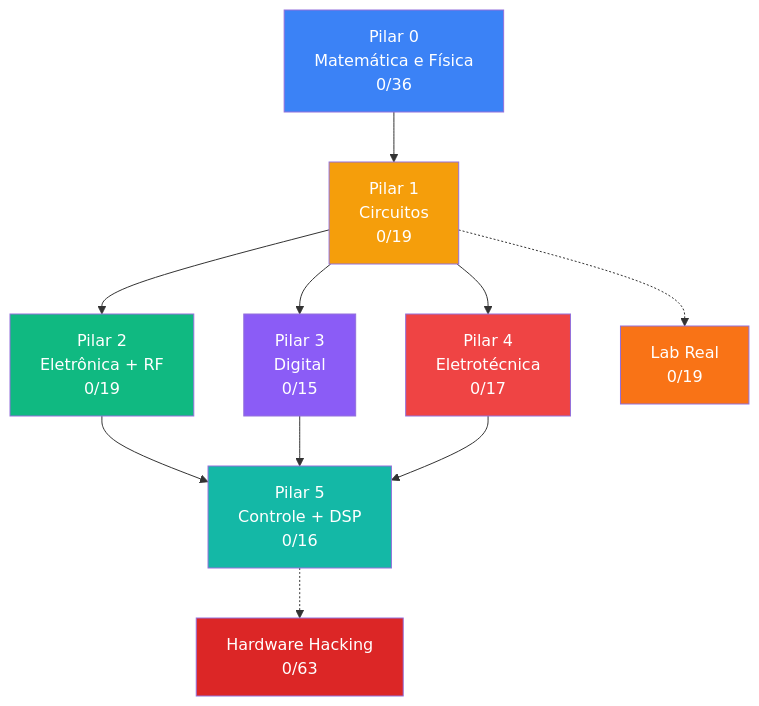
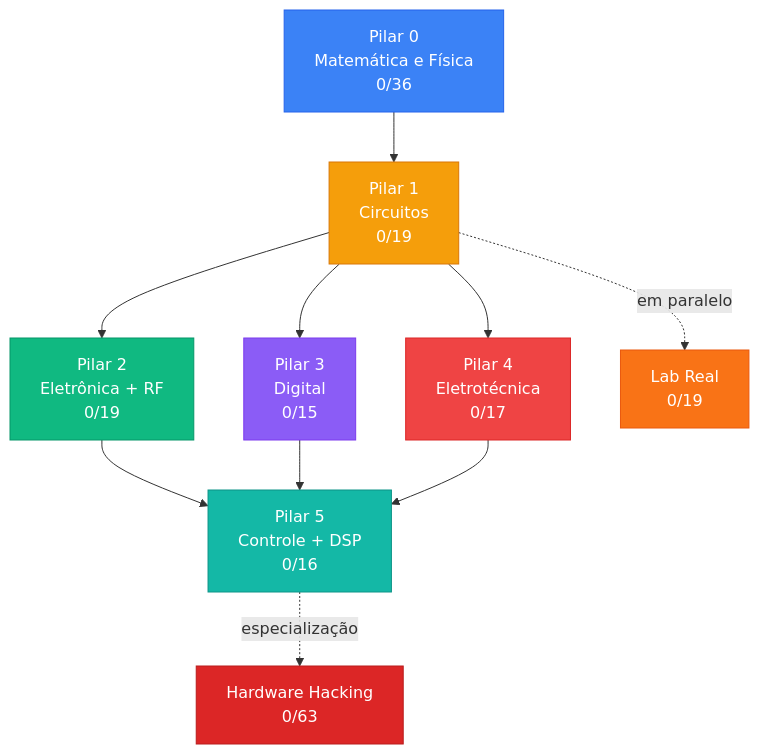
One commit to webtraveler-br/webtraveler-br changed the diagram in README.md. Above: the diagram before and after it, drawn with Mermaid.

Commit message:
chore: sync roadmap progress from EE repo

````diff
--- a/README.md
+++ b/README.md
@@ -77,26 +77,26 @@
 ```mermaid
 graph TD
     P0["Pilar 0<br/>Matemática e Física<br/>0/36"]
     P1["Pilar 1<br/>Circuitos<br/>0/19"]
     P2["Pilar 2<br/>Eletrônica + RF<br/>0/19"]
     P3["Pilar 3<br/>Digital<br/>0/15"]
     P4["Pilar 4<br/>Eletrotécnica<br/>0/17"]
     P5["Pilar 5<br/>Controle + DSP<br/>0/16"]
     LAB["Lab Real<br/>0/19"]
     HH["Hardware Hacking<br/>0/63"]
 
     P0 --> P1
     P1 --> P2 & P3 & P4
     P2 & P3 & P4 --> P5
-    P1 -.-> LAB
-    P5 -.-> HH
+    P1 -.->|em paralelo| LAB
+    P5 -.->|especialização| HH
 
-    style P0 fill:#3b82f6,color:#fff
-    style P1 fill:#f59e0b,color:#fff
-    style P2 fill:#10b981,color:#fff
-    style P3 fill:#8b5cf6,color:#fff
-    style P4 fill:#ef4444,color:#fff
-    style P5 fill:#14b8a6,color:#fff
-    style LAB fill:#f97316,color:#fff
-    style HH fill:#dc2626,color:#fff
+    style P0 fill:#3b82f6,color:#fff,stroke:#2563eb
+    style P1 fill:#f59e0b,color:#fff,stroke:#d97706
+    style P2 fill:#10b981,color:#fff,stroke:#059669
+    style P3 fill:#8b5cf6,color:#fff,stroke:#7c3aed
+    style P4 fill:#ef4444,color:#fff,stroke:#dc2626
+    style P5 fill:#14b8a6,color:#fff,stroke:#0d9488
+    style LAB fill:#f97316,color:#fff,stroke:#ea580c
+    style HH fill:#dc2626,color:#fff,stroke:#b91c1c
 ```
````
